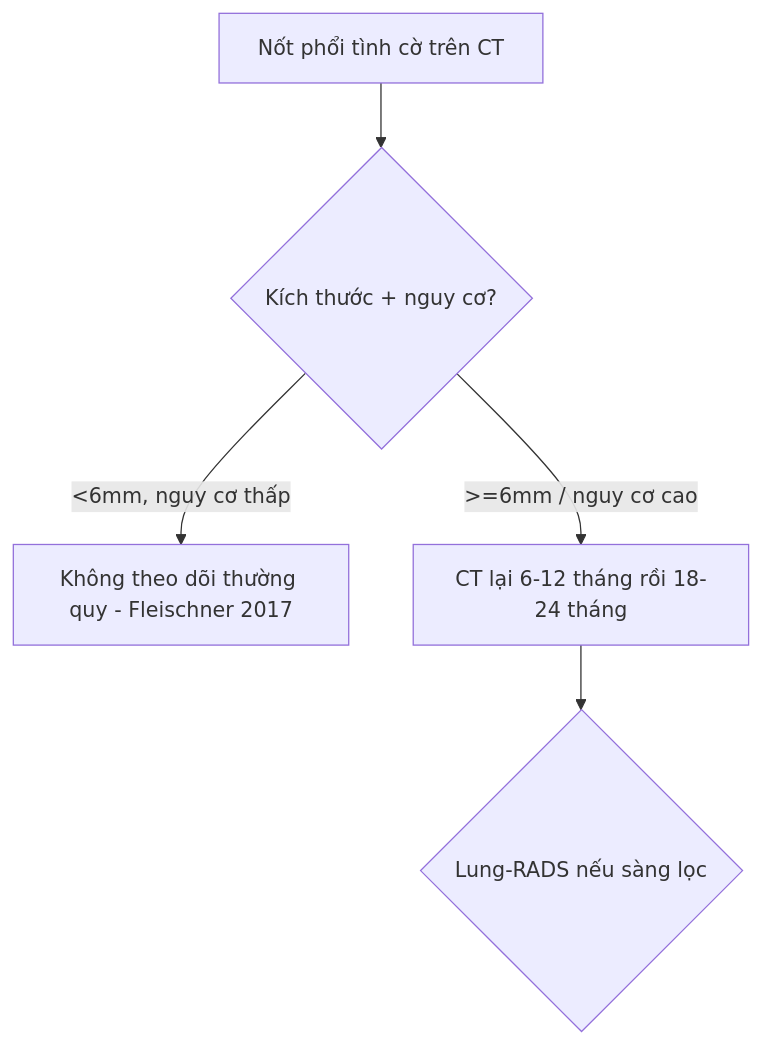
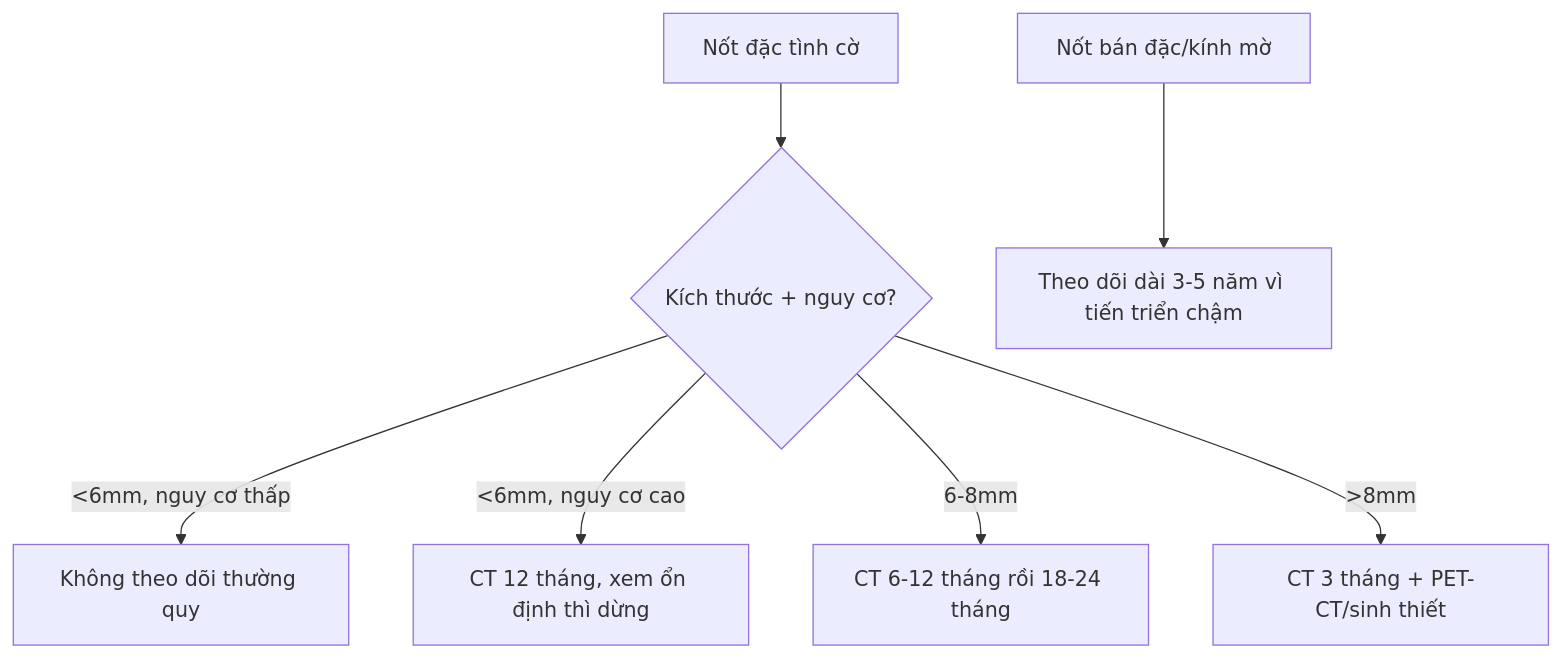
Before and after one commit to drthe92/rad: the diagram in 020-not-phoi/lesson.md, drawn with Mermaid. The commit also changed other lines of this file and 19 other files, not shown here.

````diff
--- a/020-not-phoi/lesson.md
+++ b/020-not-phoi/lesson.md
@@ -34,7 +45,9 @@
 ```mermaid
 flowchart TD
-  A[Nốt phổi tình cờ trên CT] --> B{Kích thước + nguy cơ?}
-  B -->|<6mm, nguy cơ thấp| C[Không theo dõi thường quy - Fleischner 2017]
-  B -->|>=6mm / nguy cơ cao| D[CT lại 6-12 tháng rồi 18-24 tháng]
-  D --> E{Lung-RADS nếu sàng lọc}
+  A[Nốt đặc tình cờ] --> B{Kích thước + nguy cơ?}
+  B -->|<6mm, nguy cơ thấp| C[Không theo dõi thường quy]
+  B -->|<6mm, nguy cơ cao| D[CT 12 tháng, xem ổn định thì dừng]
+  B -->|6-8mm| E[CT 6-12 tháng rồi 18-24 tháng]
+  B -->|>8mm| F[CT 3 tháng + PET-CT/sinh thiết]
+  G[Nốt bán đặc/kính mờ] --> H[Theo dõi dài 3-5 năm vì tiến triển chậm]
 ```
````
